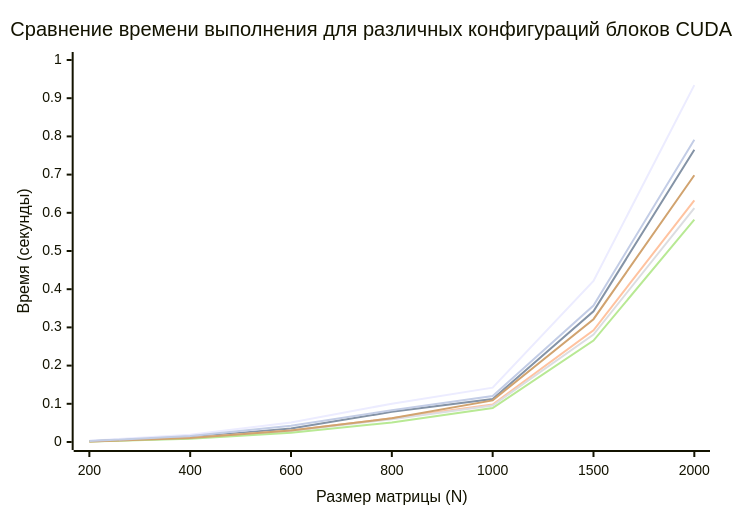
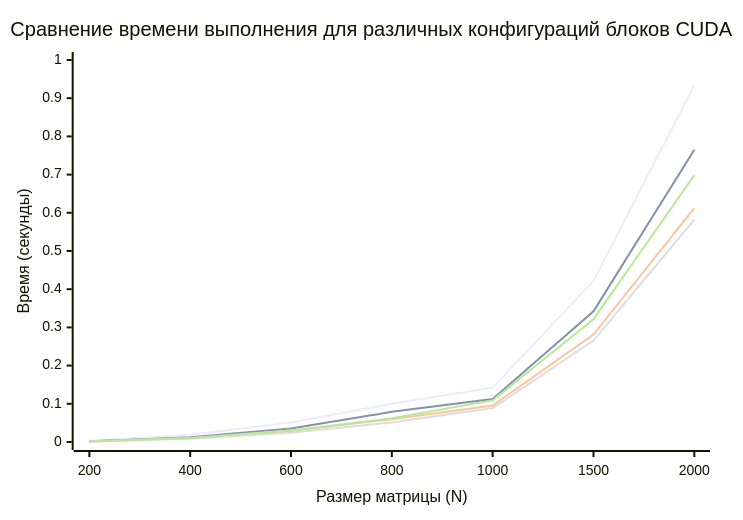
Before and after one commit to rappeutunutenkeli/MatrixMultiplication-using-CUDA: the diagram in README.md, drawn with Mermaid. The commit also changed other lines of this file, not shown here.

````diff
--- a/README.md
+++ b/README.md
@@ -72,22 +72,20 @@
 ```mermaid
 ---
 title: "График производительности CUDA"
 config:
   themeVariables:
     xyChart:
       primaryColor: "#1f77b4"
       primaryBorderColor: "#ff7f0e"
       lineColor: "#2ca02c"
 ---
 xychart-beta
     title "Сравнение времени выполнения для различных конфигураций блоков CUDA"
     x-axis "Размер матрицы (N)" [200, 400, 600, 800, 1000, 1500, 2000]
     y-axis "Время (секунды)" 0 --> 1.0
     line "4×32" [0.0031, 0.0188, 0.0508, 0.1004, 0.1423, 0.4218, 0.9342]
     line "8×8" [0.0018, 0.0124, 0.0352, 0.0789, 0.1124, 0.3421, 0.7653]
-    line "8×16" [0.0016, 0.0104, 0.0304, 0.0621, 0.0982, 0.2925, 0.6328]
     line "16×8" [0.0015, 0.0100, 0.0290, 0.0595, 0.0956, 0.2813, 0.6125]
     line "16×16" [0.0012, 0.0085, 0.0243, 0.0512, 0.0891, 0.2654, 0.5821]
     line "32×32" [0.0015, 0.0102, 0.0298, 0.0623, 0.1089, 0.3215, 0.6984]
-    line "32×4" [0.0024, 0.0156, 0.0428, 0.0833, 0.1203, 0.3571, 0.7912]
 ```
````
